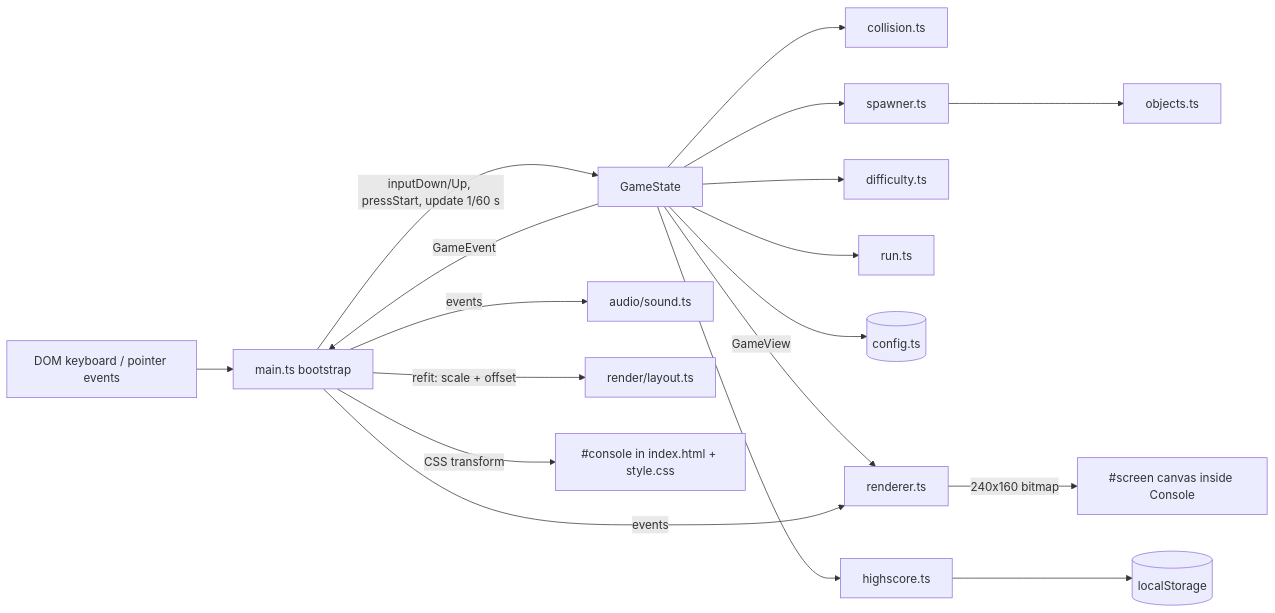
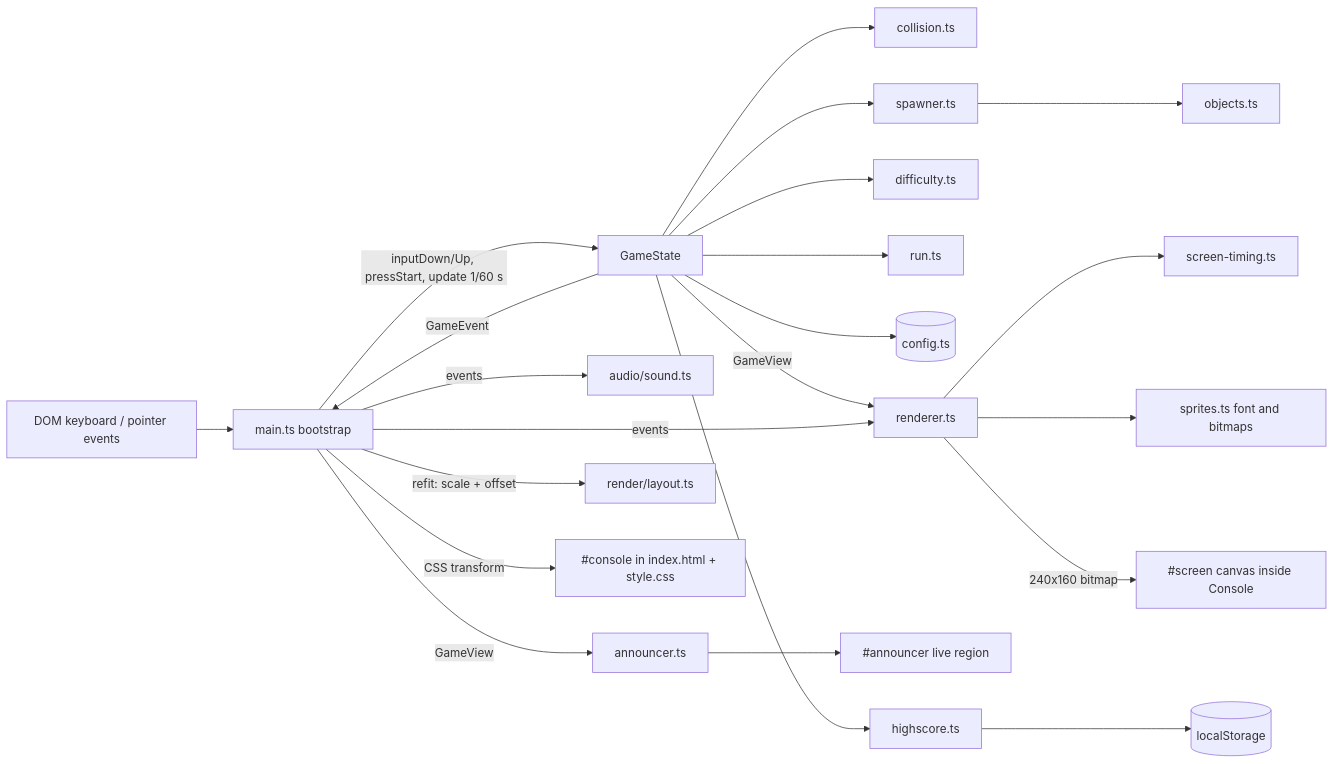
Before and after one commit to snow-note/aiCatch: the first of 5 diagrams in aidlc/spaces/default/codekb/aiCatch/architecture.md, drawn with Mermaid. The commit also changed other lines of this file and 46 other files, not shown here.

````diff
--- a/aidlc/spaces/default/codekb/aiCatch/architecture.md
+++ b/aidlc/spaces/default/codekb/aiCatch/architecture.md
@@ -7,18 +7,21 @@
 ```mermaid
 flowchart LR
   Input[DOM keyboard / pointer events] --> Main[main.ts bootstrap]
   Main -->|inputDown/Up, pressStart, update 1/60 s| State[GameState]
   State --> Collision[collision.ts]
   State --> Spawner[spawner.ts] --> Objects[objects.ts]
   State --> Difficulty[difficulty.ts]
   State --> Run[run.ts]
   State --> Config[(config.ts)]
   State -->|GameView| Renderer[renderer.ts]
   State -->|GameEvent| Main
   Main -->|events| Renderer
   Main -->|events| Sound[audio/sound.ts]
+  Main -->|GameView| Announcer[announcer.ts] --> Live[#announcer live region]
   State --> HS[highscore.ts] --> LS[(localStorage)]
   Main -->|refit: scale + offset| Layout[render/layout.ts]
   Main -->|CSS transform| Console[#console in index.html + style.css]
+  Renderer --> Timing[screen-timing.ts]
+  Renderer --> Sprites[sprites.ts font and bitmaps]
   Renderer -->|240x160 bitmap| Canvas[#screen canvas inside Console]
 ```
````
